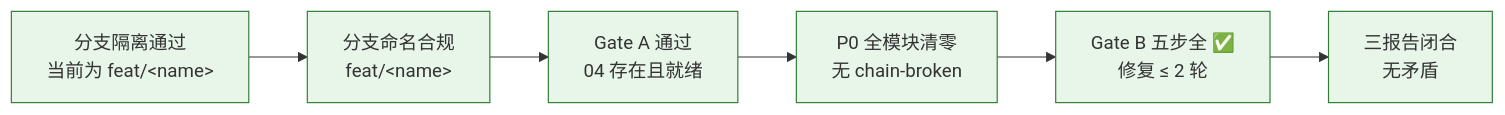
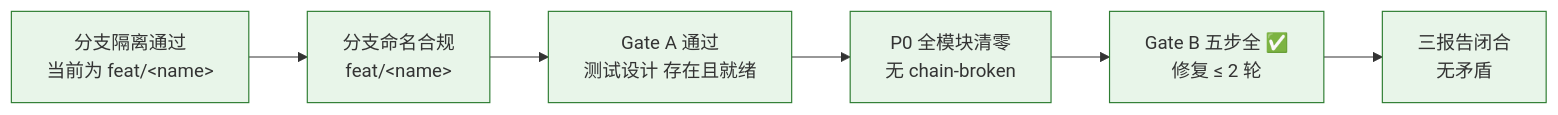
Before and after one commit to effiy/YrY: the tenth of 10 diagrams in rules/code-pipeline.md, drawn with Mermaid. The commit also changed other lines of this file and 90 other files, not shown here.

````diff
--- a/rules/code-pipeline.md
+++ b/rules/code-pipeline.md
@@ -274,10 +275,10 @@
 ```mermaid
 flowchart LR
     S0["分支隔离通过<br/>当前为 feat/&lt;name&gt;"]:::sig --> S1["分支命名合规<br/>feat/&lt;name&gt;"]:::sig
-    S1 --> S2["Gate A 通过<br/>04 存在且就绪"]:::sig
+    S1 --> S2["Gate A 通过<br/>测试设计 存在且就绪"]:::sig
     S2 --> S3["P0 全模块清零<br/>无 chain-broken"]:::sig
     S3 --> S4["Gate B 五步全 ✅<br/>修复 ≤ 2 轮"]:::sig
     S4 --> S5["三报告闭合<br/>无矛盾"]:::sig
 
     classDef sig fill:#e8f5e9,stroke:#2e7d32;
 ```
````
